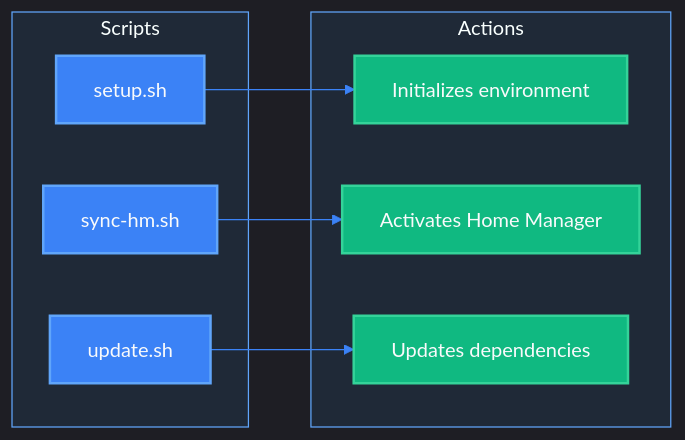
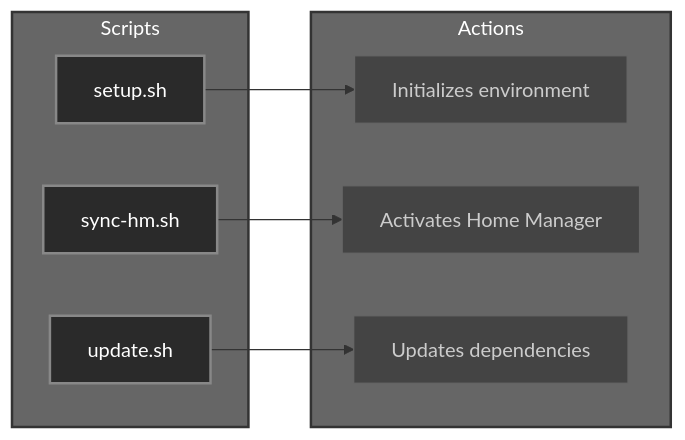
Before and after one commit to Ricoledan/digimon-knowledge-graph: the first of 5 diagrams in CLAUDE.md, drawn with Mermaid. The commit also changed other lines of this file, not shown here.

Commit message:
add diagrams

````diff
--- a/CLAUDE.md
+++ b/CLAUDE.md
@@ -114,25 +114,27 @@
 ```mermaid
-%%{init: {'theme':'dark', 'themeVariables': { 'primaryColor':'#1f2937', 'primaryTextColor':'#f9fafb', 'primaryBorderColor':'#60a5fa', 'lineColor':'#3b82f6', 'secondaryColor':'#059669', 'tertiaryColor':'#374151', 'background':'#111827', 'mainBkg':'#1f2937', 'secondBkg':'#374151', 'tertiaryBkg':'#4b5563', 'primaryBorderColor':'#60a5fa', 'secondaryBorderColor':'#10b981', 'tertiaryBorderColor':'#6366f1', 'clusterBkg':'#1f2937', 'clusterBorder':'#60a5fa', 'fontFamily':'monospace'}}}%%
 graph LR
     subgraph SC["Scripts"]
         A[setup.sh]
         B[sync-hm.sh]
         C[update.sh]
     end
     
     subgraph AC["Actions"]
         D[Initializes environment]
         E[Activates Home Manager]
         F[Updates dependencies]
     end
     
     A --> D
     B --> E
     C --> F
     
-    classDef script fill:#3b82f6,stroke:#60a5fa,stroke-width:2px,color:#f9fafb
-    classDef action fill:#10b981,stroke:#34d399,stroke-width:2px,color:#f9fafb
-    
-    class A,B,C script
-    class D,E,F action
+    style SC fill:#666,stroke:#333,stroke-width:2px,color:#fff
+    style AC fill:#666,stroke:#333,stroke-width:2px,color:#fff
+    style A fill:#2a2a2a,stroke:#888,stroke-width:2px,color:#fff
+    style B fill:#2a2a2a,stroke:#888,stroke-width:2px,color:#fff
+    style C fill:#2a2a2a,stroke:#888,stroke-width:2px,color:#fff
+    style D fill:#444,stroke:#666,stroke-width:1px,color:#ccc
+    style E fill:#444,stroke:#666,stroke-width:1px,color:#ccc
+    style F fill:#444,stroke:#666,stroke-width:1px,color:#ccc
 ```
````
